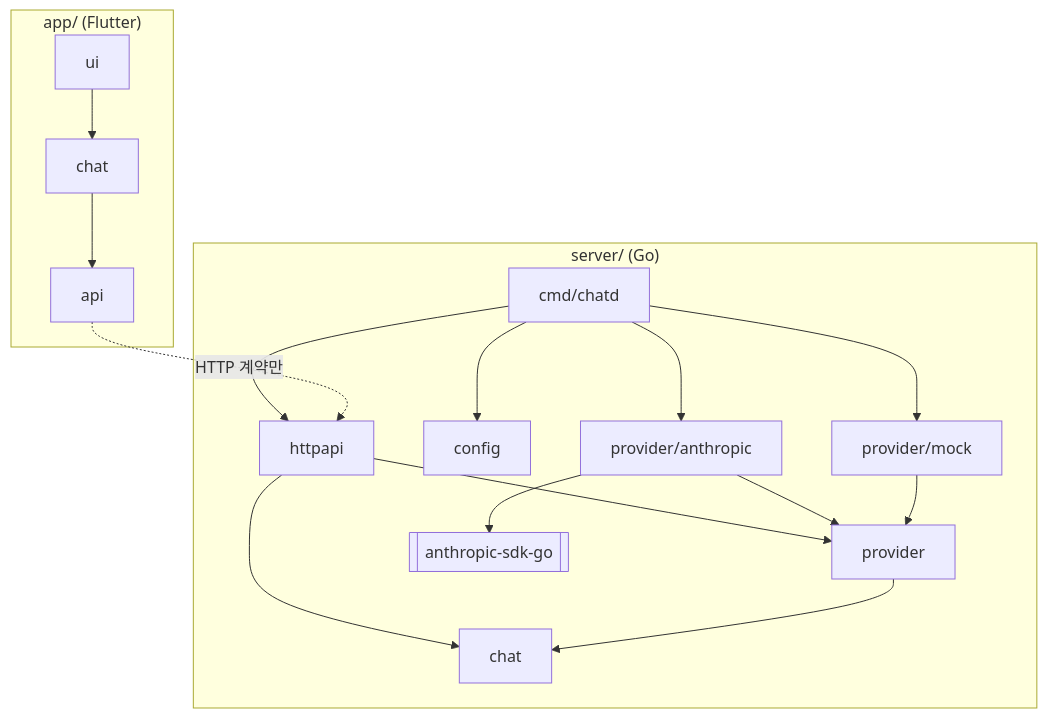
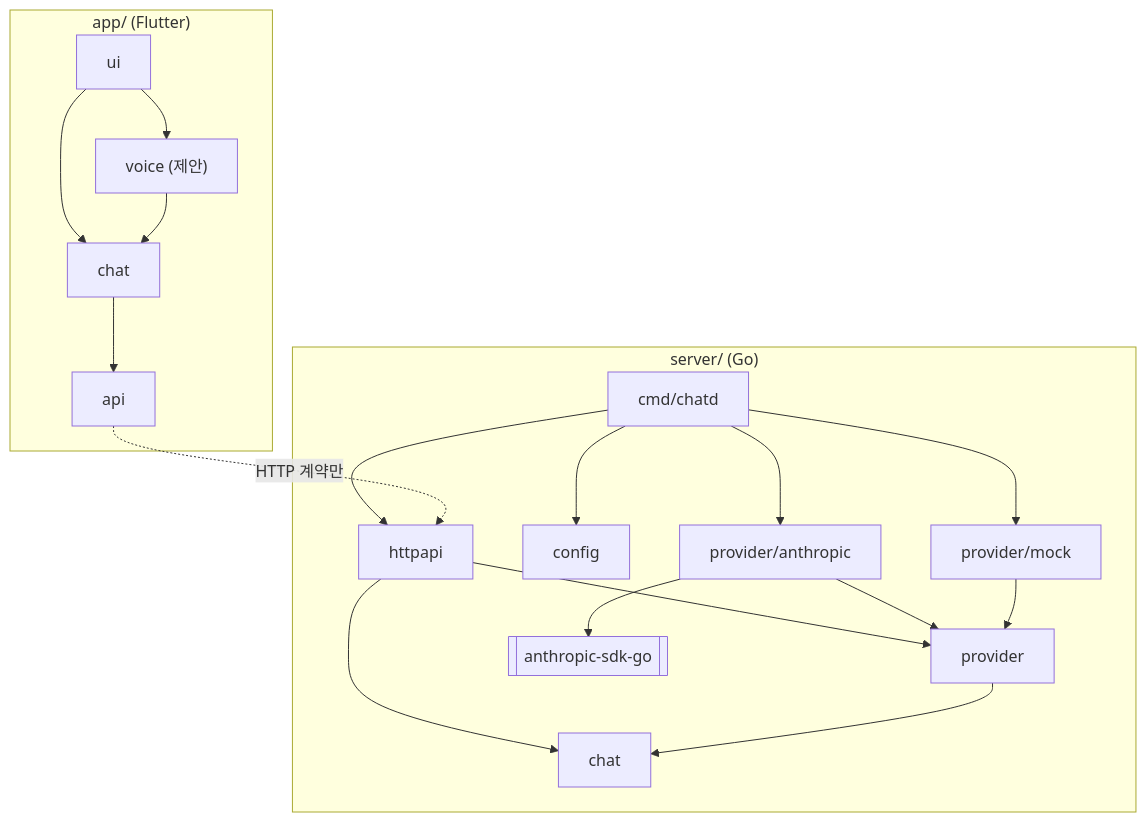
One commit to kimtaesung98/ai-agent-chat-demo changed the third of 8 diagrams in ARCHITECTURE.md. Above: the diagram before and after it, drawn with Mermaid. The commit also changed other lines of this file and 3 other files, not shown here.

````diff
--- a/ARCHITECTURE.md
+++ b/ARCHITECTURE.md
@@ -190,20 +194,22 @@
 ```mermaid
 flowchart TD
     subgraph Server ["server/ (Go)"]
         CMD[cmd/chatd] --> HTTP[httpapi]
         CMD --> CFG[config]
         CMD --> ANT[provider/anthropic]
         CMD --> MOCK[provider/mock]
         HTTP --> PROV[provider]
         HTTP --> CHAT[chat]
         ANT --> PROV
         MOCK --> PROV
         PROV --> CHAT
         ANT --> SDK[["anthropic-sdk-go"]]
     end
     subgraph App ["app/ (Flutter)"]
         UI[ui] --> CTRL[chat]
+        UI --> VOICE["voice (제안)"]
+        VOICE --> CTRL
         CTRL --> API[api]
     end
     API -.->|"HTTP 계약만"| HTTP
 ```
````
